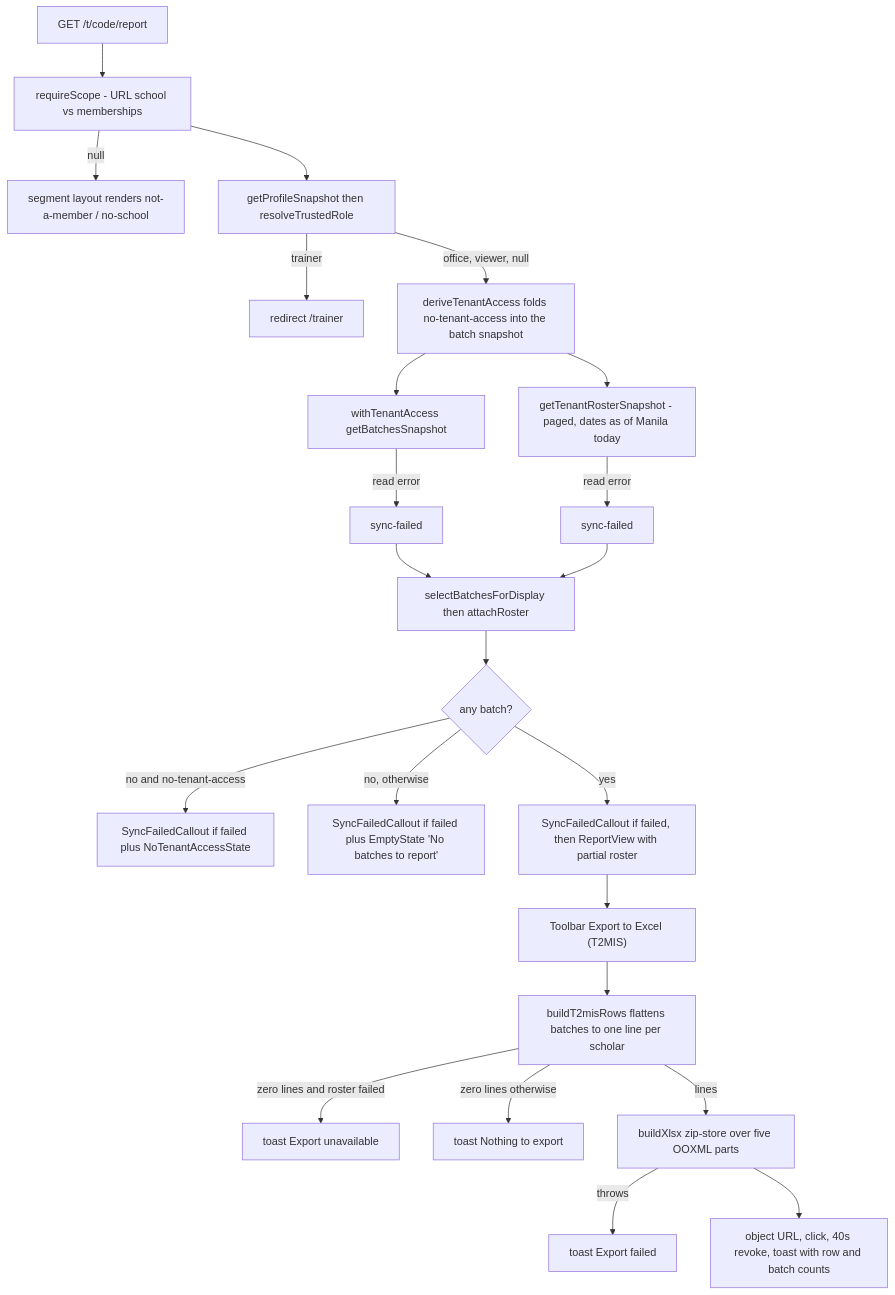
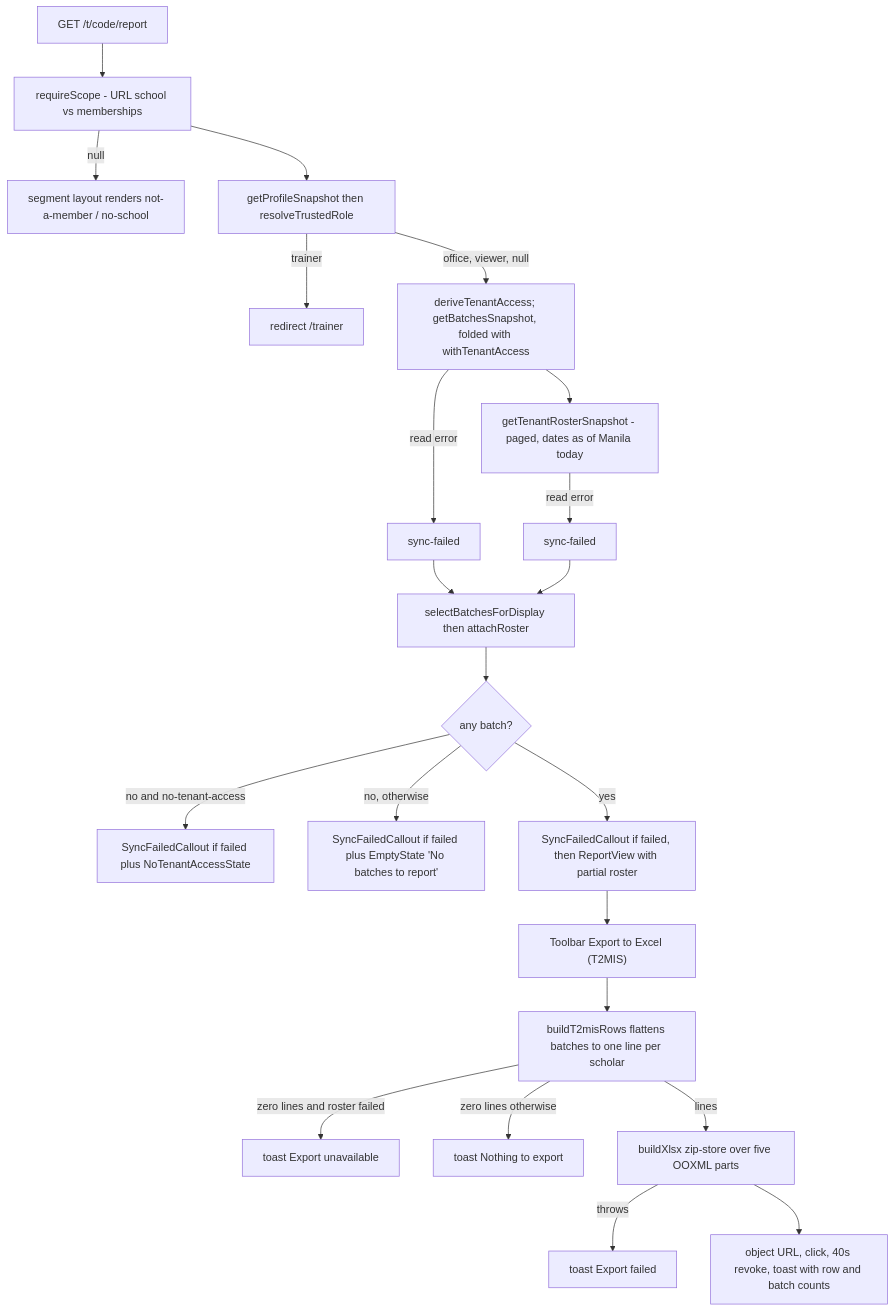
One commit to shuakyle21/tesda-compliance-manager changed the diagram in openwiki/workflows/reporting-and-export.md. Above: the diagram before and after it, drawn with Mermaid. The commit also changed other lines of this file and 48 other files, not shown here.

````diff
--- a/openwiki/workflows/reporting-and-export.md
+++ b/openwiki/workflows/reporting-and-export.md
@@ -35,25 +78,24 @@
 ```mermaid
 flowchart TD
   A["GET /t/code/report"] --> B["requireScope - URL school vs memberships"]
   B -->|null| B1["segment layout renders not-a-member / no-school"]
   B --> C["getProfileSnapshot then resolveTrustedRole"]
   C -->|trainer| C1["redirect /trainer"]
-  C -->|office, viewer, null| D["deriveTenantAccess folds no-tenant-access into the batch snapshot"]
-  D --> E["withTenantAccess getBatchesSnapshot"]
+  C -->|office, viewer, null| D["deriveTenantAccess; getBatchesSnapshot, folded with withTenantAccess"]
+  D -->|read error| D1["sync-failed"]
   D --> F["getTenantRosterSnapshot - paged, dates as of Manila today"]
-  E -->|read error| E1["sync-failed"]
   F -->|read error| F1["sync-failed"]
-  E1 --> G["selectBatchesForDisplay then attachRoster"]
+  D1 --> G["selectBatchesForDisplay then attachRoster"]
   F1 --> G
   G --> H{"any batch?"}
   H -->|"no and no-tenant-access"| H1["SyncFailedCallout if failed plus NoTenantAccessState"]
   H -->|"no, otherwise"| H2["SyncFailedCallout if failed plus EmptyState 'No batches to report'"]
   H -->|yes| I["SyncFailedCallout if failed, then ReportView with partial roster"]
   I --> J["Toolbar Export to Excel (T2MIS)"]
   J --> K["buildT2misRows flattens batches to one line per scholar"]
   K -->|zero lines and roster failed| K1["toast Export unavailable"]
   K -->|zero lines otherwise| K2["toast Nothing to export"]
   K -->|lines| L["buildXlsx zip-store over five OOXML parts"]
   L -->|throws| L1["toast Export failed"]
   L --> M["object URL, click, 40s revoke, toast with row and batch counts"]
 ```
````
